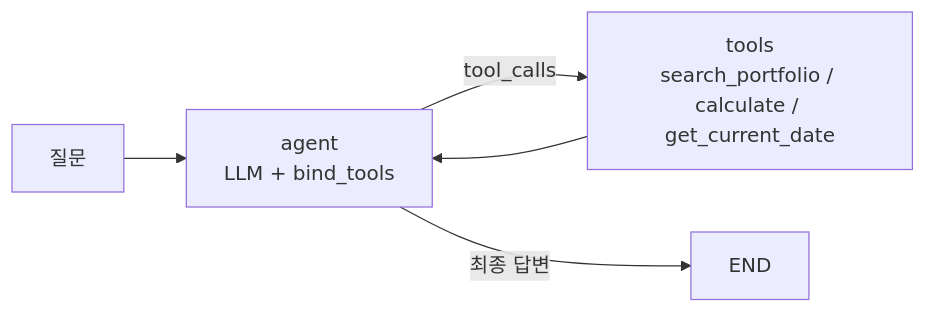
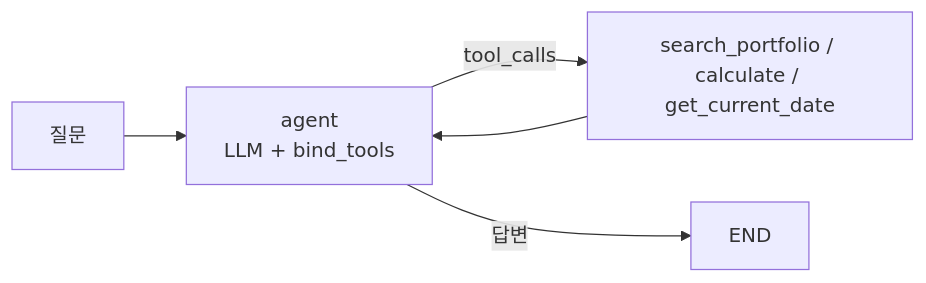
One commit to ckc5800/rag-agent changed the second of 2 diagrams in README.md. Above: the diagram before and after it, drawn with Mermaid. The commit also changed other lines of this file, not shown here.

````diff
--- a/README.md
+++ b/README.md
@@ -48,7 +43,7 @@
 ```mermaid
 graph LR
     U[질문] --> AG[agent<br/>LLM + bind_tools]
-    AG -->|tool_calls| T[tools<br/>search_portfolio / calculate / get_current_date]
+    AG -->|tool_calls| T[search_portfolio / calculate / get_current_date]
     T --> AG
-    AG -->|최종 답변| E[END]
+    AG -->|답변| E[END]
 ```
````
